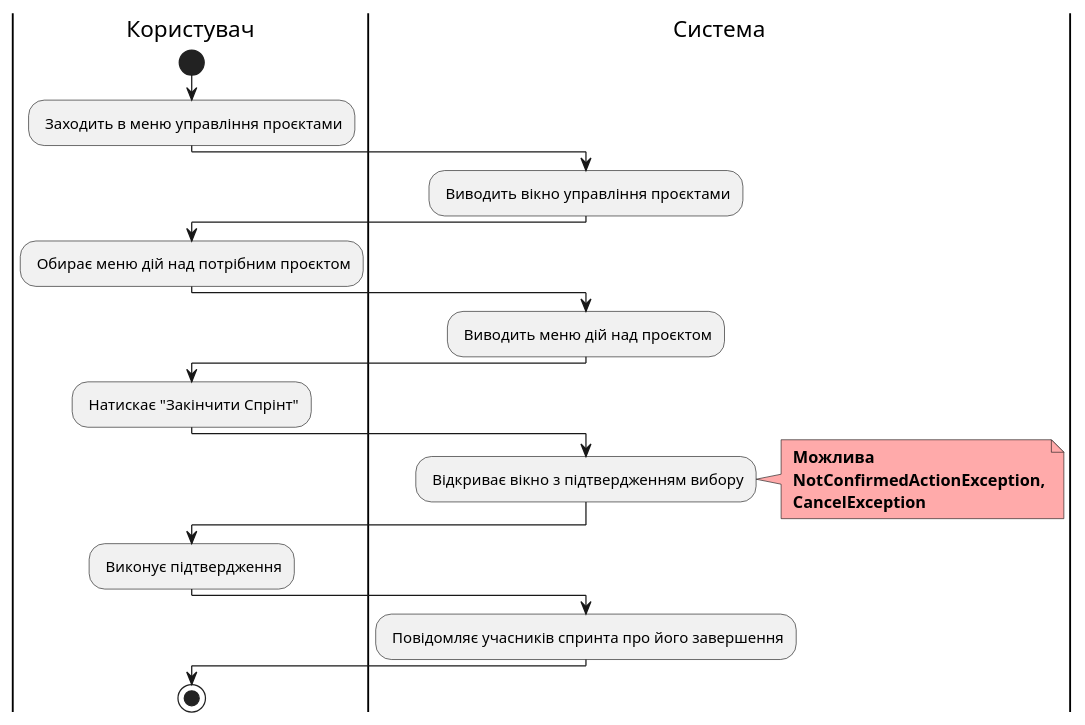
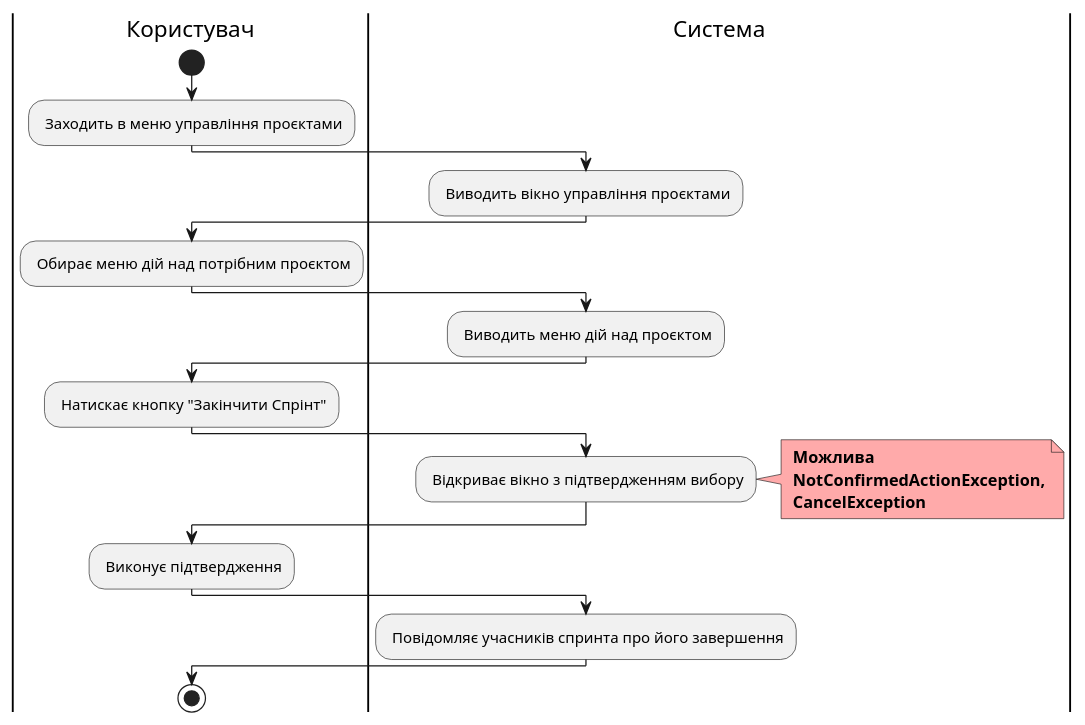
One commit to witchkaa/databases-course-work changed diagram 20 of 23 in docs/use cases/README.md. Above: the diagram before and after it, drawn with PlantUML. The commit also changed other lines of this file and 1 other file, not shown here.

```diff
--- a/docs/use cases/README.md
+++ b/docs/use cases/README.md
@@ -798,35 +798,35 @@
 @startuml
 
     |Користувач|
     start;
     : Заходить в меню управління проєктами;
 
     |Система|
     : Виводить вікно управління проєктами;
 
     |Користувач|
     : Обирає меню дій над потрібним проєктом;
 
     |Система|
     : Виводить меню дій над проєктом;
 
     |Користувач|
-    : Натискає "Закінчити Спрінт";
+    : Натискає кнопку "Закінчити Спрінт";
 
     |Система|
     : Відкриває вікно з підтвердженням вибору;
     note right #ffaaaa
     <b> Можлива
     <b> NotConfirmedActionException,
     <b> CancelException
     end note
 
     |Користувач|
     : Виконує підтвердження;
 
     |Система|
     : Повідомляє учасників спринта про його завершення;   
 
     |Користувач|
     stop;
 @enduml
```
